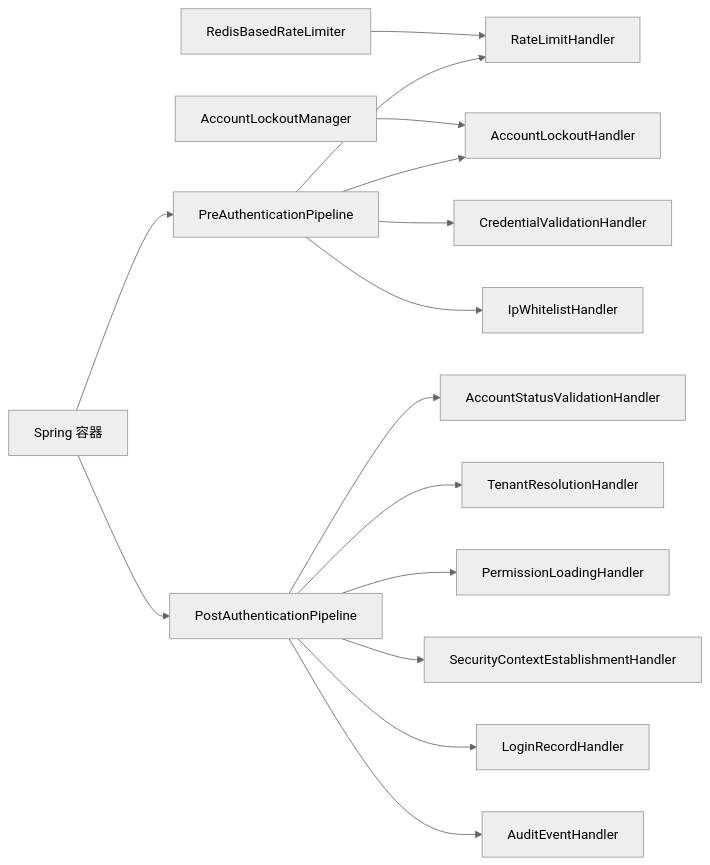
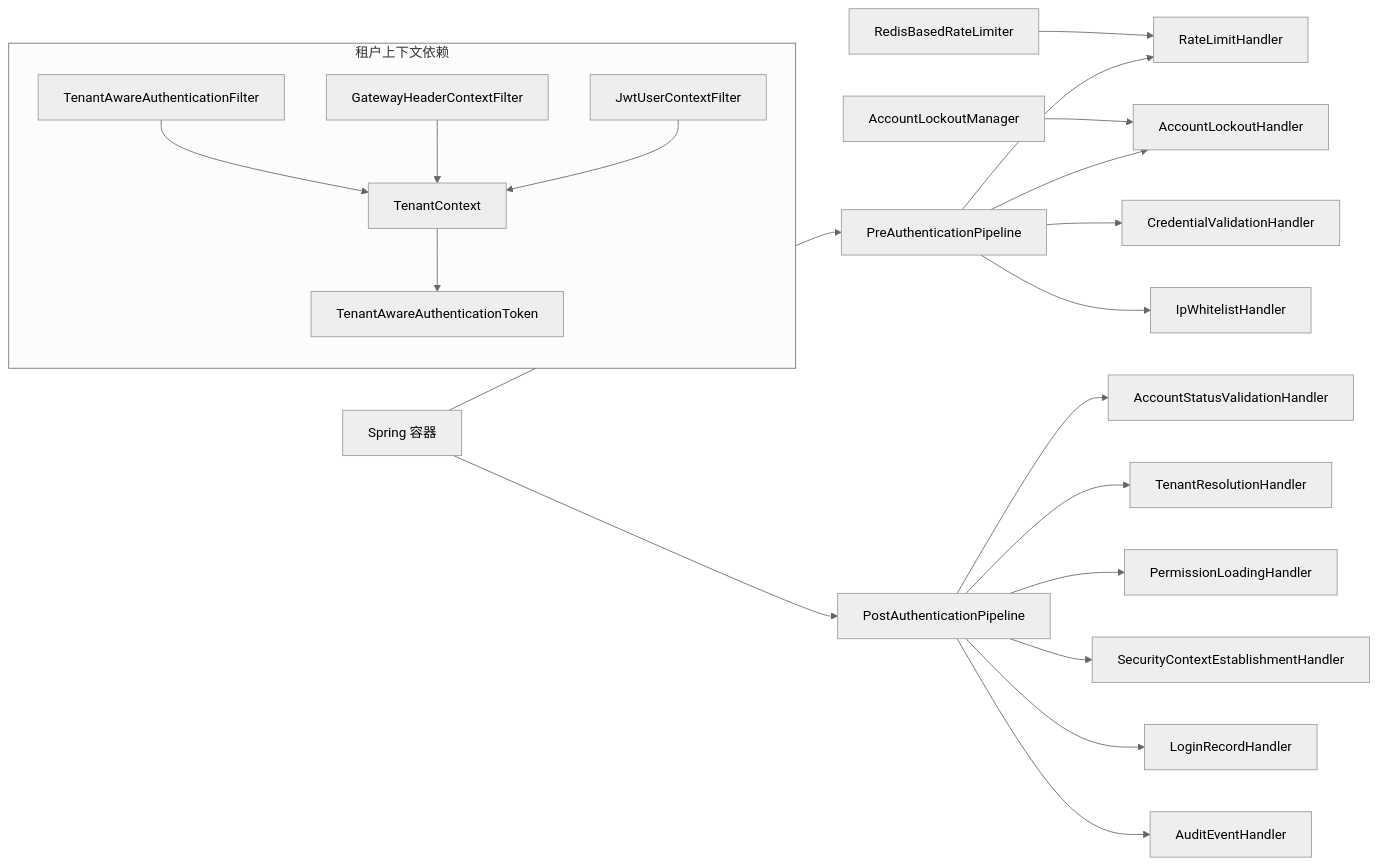
The ninth of 9 diagrams in .qoder/repowiki/zh/content/认证与授权/认证管道.md (fq0121104930716/iam-platform), drawn with Mermaid (neutral theme) before and after one commit. The commit also changed other lines of this file and 13 other files, not shown here.

````diff
--- a/.qoder/repowiki/zh/content/认证与授权/认证管道.md
+++ b/.qoder/repowiki/zh/content/认证与授权/认证管道.md
@@ -287,17 +441,23 @@
 ```mermaid
 graph LR
 RBL["RedisBasedRateLimiter"] --> RLH["RateLimitHandler"]
 ALM["AccountLockoutManager"] --> ALH["AccountLockoutHandler"]
 SPR["Spring 容器"] --> PAP["PreAuthenticationPipeline"]
 SPR --> POP["PostAuthenticationPipeline"]
 PAP --> RLH
 PAP --> ALH
 PAP --> CVH["CredentialValidationHandler"]
 PAP --> IPH["IpWhitelistHandler"]
 POP --> ASV["AccountStatusValidationHandler"]
 POP --> TRH["TenantResolutionHandler"]
 POP --> PLH["PermissionLoadingHandler"]
 POP --> SCE["SecurityContextEstablishmentHandler"]
 POP --> LRH["LoginRecordHandler"]
 POP --> AEH["AuditEventHandler"]
+subgraph "租户上下文依赖"
+TAF["TenantAwareAuthenticationFilter"] --> TC["TenantContext"]
+THF["GatewayHeaderContextFilter"] --> TC
+JUCF["JwtUserContextFilter"] --> TC
+TC --> TAC["TenantAwareAuthenticationToken"]
+end
 ```
````
